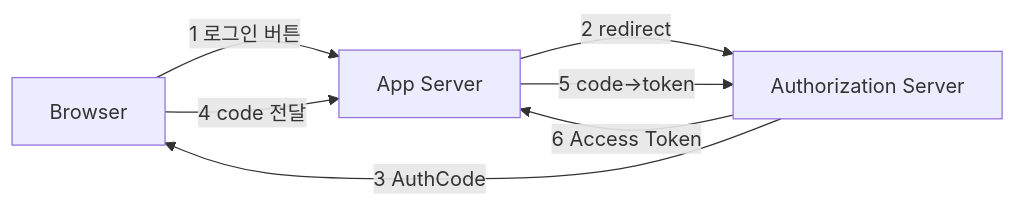
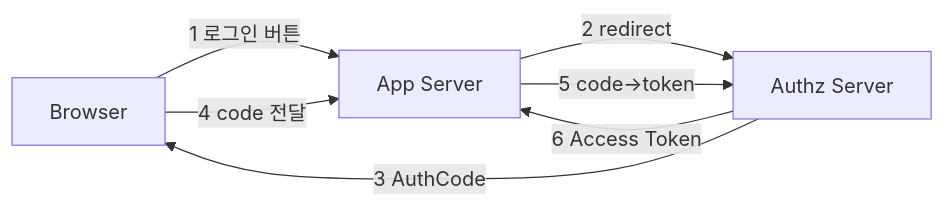
The second of 6 diagrams in _posts/spring/2026-05-02-spring-security-deep.md (yjkim2015/yjkim2015.github.io), drawn with Mermaid before and after one commit. The commit also changed other lines of this file and 245 other files, not shown here.

First line of the commit message:
Mermaid 다이어그램 전면 수정 + 면접 포인트 접기/펼치기 + DB 데드락 페이지

````diff
--- a/_posts/spring/2026-05-02-spring-security-deep.md
+++ b/_posts/spring/2026-05-02-spring-security-deep.md
@@ -104,9 +104,9 @@
 ```mermaid
 graph LR
     A[Browser] -->|1 로그인 버튼| B[App Server]
-    B -->|2 redirect| C[Authorization Server]
+    B -->|2 redirect| C["Authz Server"]
     C -->|3 AuthCode| A
     A -->|4 code 전달| B
     B -->|5 code→token| C
     C -->|6 Access Token| B
 ```
````
